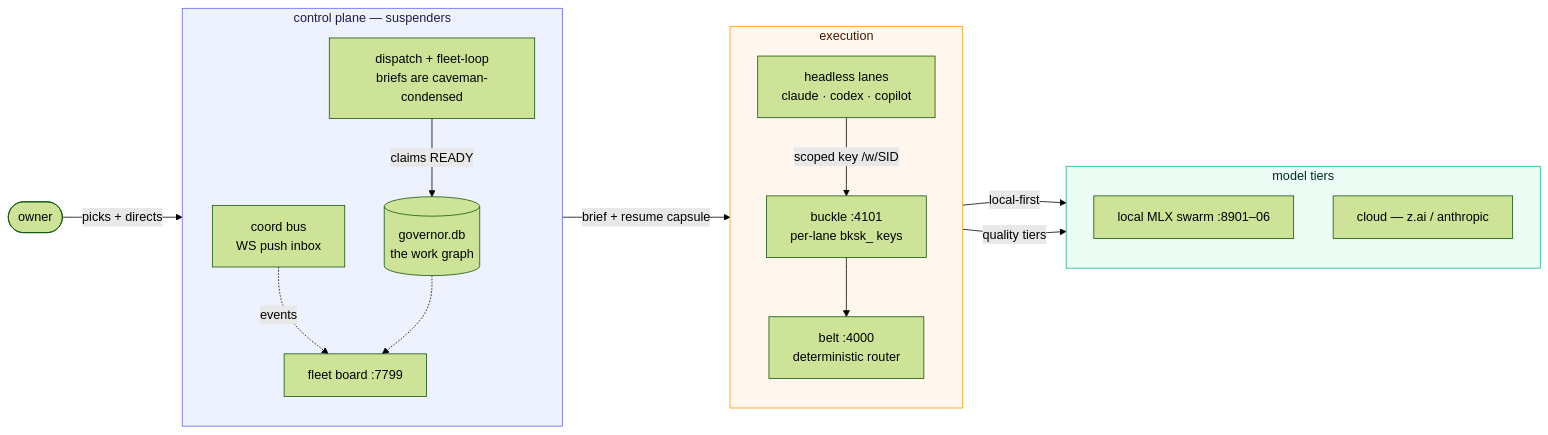
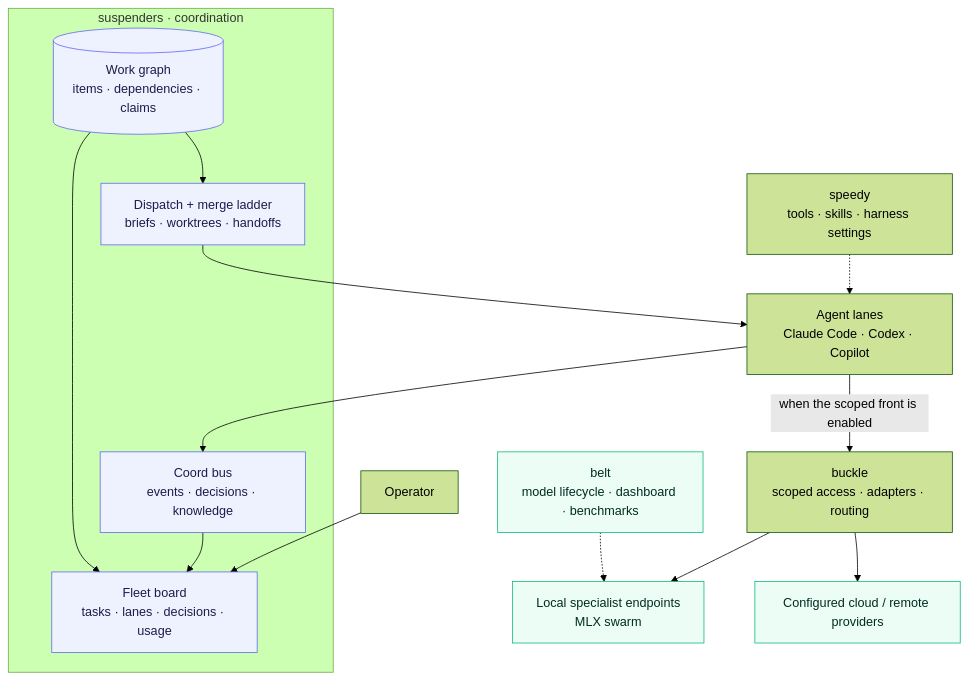
Before and after one commit to klh/fleet: the first of 2 diagrams in README.md, drawn with Mermaid (forest theme). The commit also changed other lines of this file and 1 other file, not shown here.

Commit message:
docs: explain the full fleet stack and review migration boundaries

````diff
--- a/README.md
+++ b/README.md
@@ -25,42 +51,33 @@
 ```mermaid
-flowchart LR
-  OWNER(["owner"])
+flowchart TB
+  OP["Operator"]
+  ENV["speedy<br/>tools · skills · harness settings"]
 
-  subgraph plane["control plane — suspenders"]
-    direction TB
-    GOV[("governor.db<br/>the work graph")]
-    DISPATCH["dispatch + fleet-loop<br/>briefs are caveman-condensed"]
-    COORD["coord bus<br/>WS push inbox"]
-    BOARD["fleet board :7799"]
+  subgraph CONTROL["suspenders · coordination"]
+    WORK[("Work graph<br/>items · dependencies · claims")]
+    BUS["Coord bus<br/>events · decisions · knowledge"]
+    DISPATCH["Dispatch + merge ladder<br/>briefs · worktrees · handoffs"]
+    BOARD["Fleet board<br/>tasks · lanes · decisions · usage"]
   end
 
-  subgraph exec["execution"]
-    direction TB
-    LANE["headless lanes<br/>claude · codex · copilot"]
-    GATE["buckle :4101<br/>per-lane bksk_ keys"]
-    ROUTER["belt :4000<br/>deterministic router"]
-  end
+  AGENTS["Agent lanes<br/>Claude Code · Codex · Copilot"]
+  GATE["buckle<br/>scoped access · adapters · routing"]
+  LOCAL["Local specialist endpoints<br/>MLX swarm"]
+  CLOUD["Configured cloud / remote providers"]
+  BELT["belt<br/>model lifecycle · dashboard · benchmarks"]
 
-  subgraph models["model tiers"]
-    direction TB
-    SWARM["local MLX swarm :8901–06"]
-    CLOUD["cloud — z.ai / anthropic"]
-  end
+  OP --> BOARD
+  ENV -.-> AGENTS
+  WORK --> DISPATCH --> AGENTS
+  AGENTS --> BUS --> BOARD
+  WORK --> BOARD
+  AGENTS -->|"when the scoped front is enabled"| GATE
+  GATE --> LOCAL
+  GATE --> CLOUD
+  BELT -.-> LOCAL
 
-  OWNER -->|"picks + directs"| DISPATCH
-  DISPATCH -->|"claims READY"| GOV
-  GOV -->|"brief + resume capsule"| LANE
-  LANE -->|"scoped key /w/SID"| GATE
-  GATE --> ROUTER
-  ROUTER -->|"local-first"| SWARM
-  ROUTER -->|"quality tiers"| CLOUD
-  COORD -.->|"events"| BOARD
-  GOV -.-> BOARD
-
-  classDef control fill:#eef2ff,stroke:#6366f1,color:#1e1b4b;
-  classDef run fill:#fff7ed,stroke:#f59e0b,color:#451a03;
+  classDef plane fill:#eef2ff,stroke:#6366f1,color:#1e1b4b;
   classDef model fill:#ecfdf5,stroke:#10b981,color:#022c22;
-  class plane control
-  class exec run
-  class models model
+  class WORK,BUS,DISPATCH,BOARD plane;
+  class LOCAL,CLOUD,BELT model;
 ```
````
